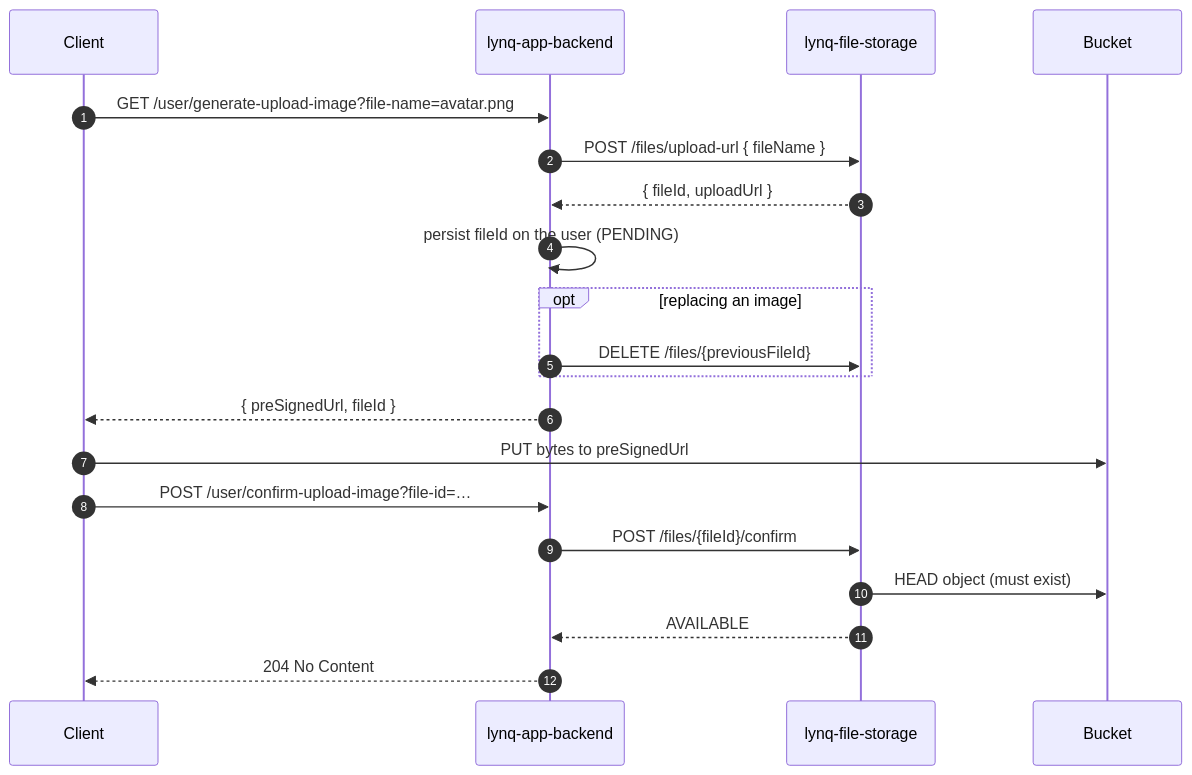
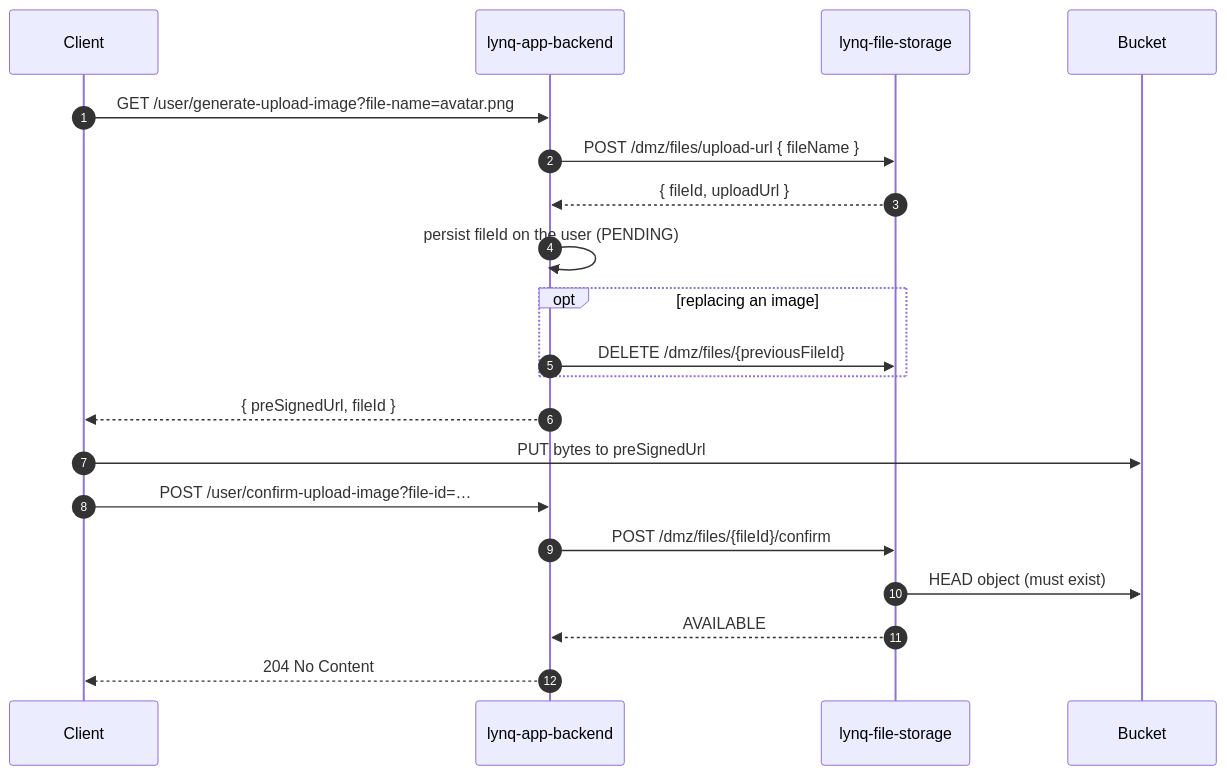
Before and after one commit to MatLock/UdeSA-lynq: the fourth of 4 diagrams in lynq-app-backend/README.md, drawn with Mermaid. The commit also changed other lines of this file and 110 other files, not shown here.

````diff
--- a/lynq-app-backend/README.md
+++ b/lynq-app-backend/README.md
@@ -209,23 +225,23 @@
 ```mermaid
 sequenceDiagram
     autonumber
     participant C as Client
     participant BE as lynq-app-backend
     participant FS as lynq-file-storage
     participant S3 as Bucket
 
     C->>BE: GET /user/generate-upload-image?file-name=avatar.png
-    BE->>FS: POST /files/upload-url { fileName }
+    BE->>FS: POST /dmz/files/upload-url { fileName }
     FS-->>BE: { fileId, uploadUrl }
     BE->>BE: persist fileId on the user (PENDING)
     opt replacing an image
-        BE->>FS: DELETE /files/{previousFileId}
+        BE->>FS: DELETE /dmz/files/{previousFileId}
     end
     BE-->>C: { preSignedUrl, fileId }
     C->>S3: PUT bytes to preSignedUrl
     C->>BE: POST /user/confirm-upload-image?file-id=…
-    BE->>FS: POST /files/{fileId}/confirm
+    BE->>FS: POST /dmz/files/{fileId}/confirm
     FS->>S3: HEAD object (must exist)
     FS-->>BE: AVAILABLE
     BE-->>C: 204 No Content
 ```
````
